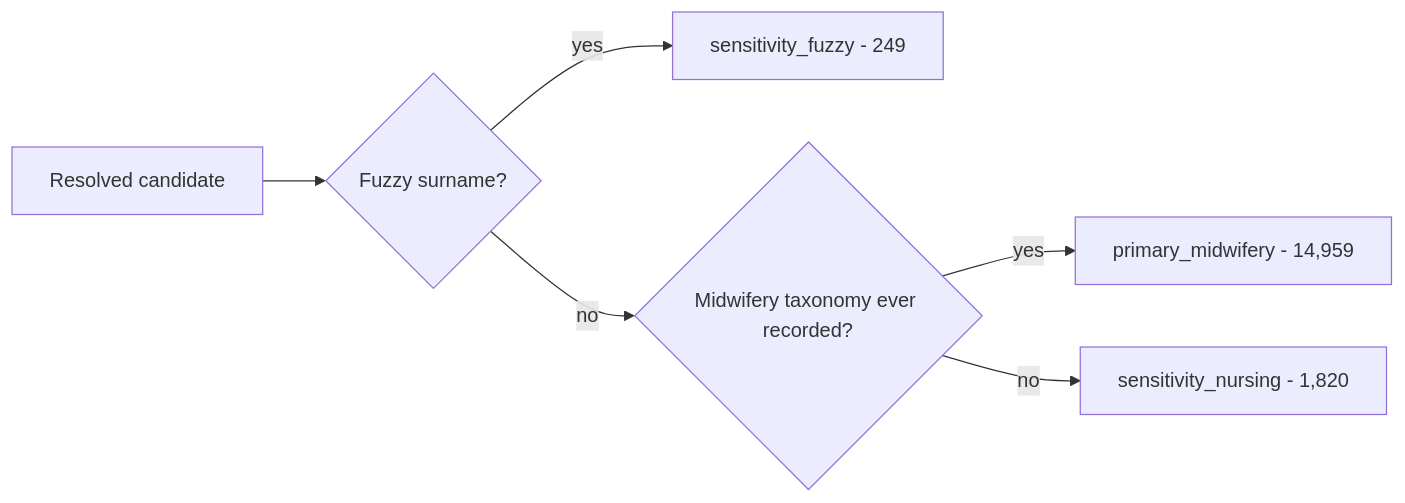
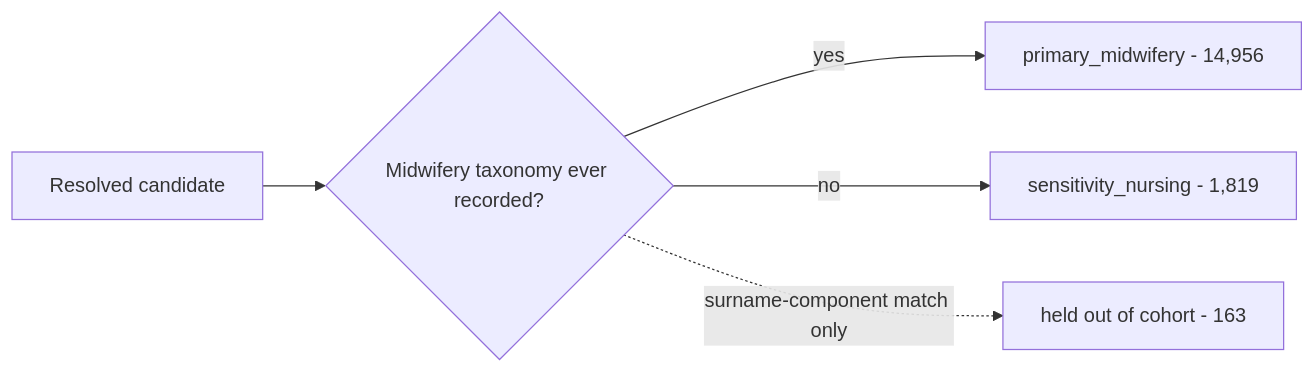
The third of 5 diagrams in README.md (mufflyt/midwifery), drawn with Mermaid before and after one commit. The commit also changed other lines of this file and 11 other files, not shown here.

````diff
--- a/README.md
+++ b/README.md
@@ -701,8 +701,7 @@
 ```mermaid
 flowchart LR
-  S["Resolved candidate"] --> T1{"Fuzzy surname?"}
-  T1 -->|yes| F["sensitivity_fuzzy - 249"]
-  T1 -->|no| T2{"Midwifery taxonomy ever recorded?"}
-  T2 -->|yes| P["primary_midwifery - 14,959"]
-  T2 -->|no| N["sensitivity_nursing - 1,820"]
+  S["Resolved candidate"] --> T{"Midwifery taxonomy ever recorded?"}
+  T -->|yes| P["primary_midwifery - 14,956"]
+  T -->|no| N["sensitivity_nursing - 1,819"]
+  T -. "surname-component match only" .-> H["held out of cohort - 163"]
 ```
````
